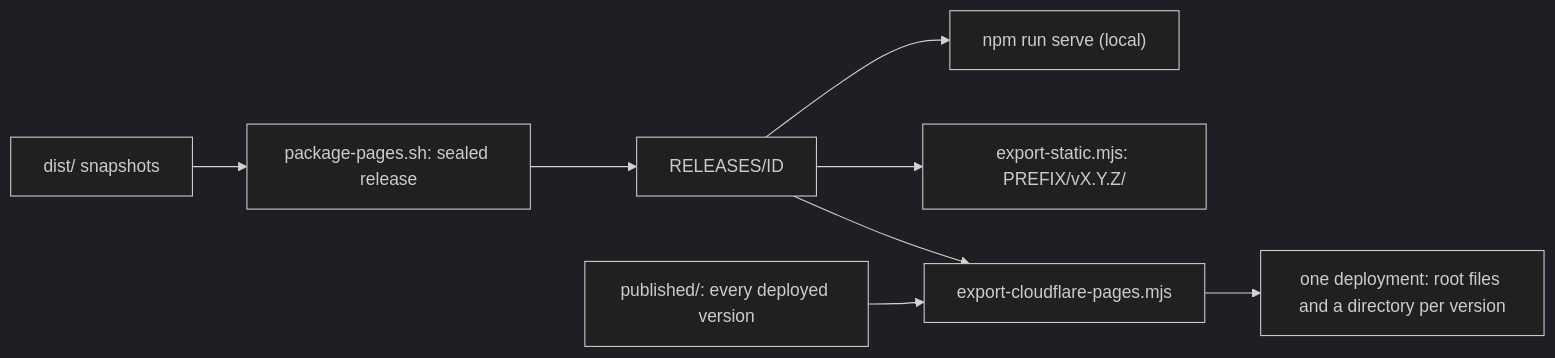
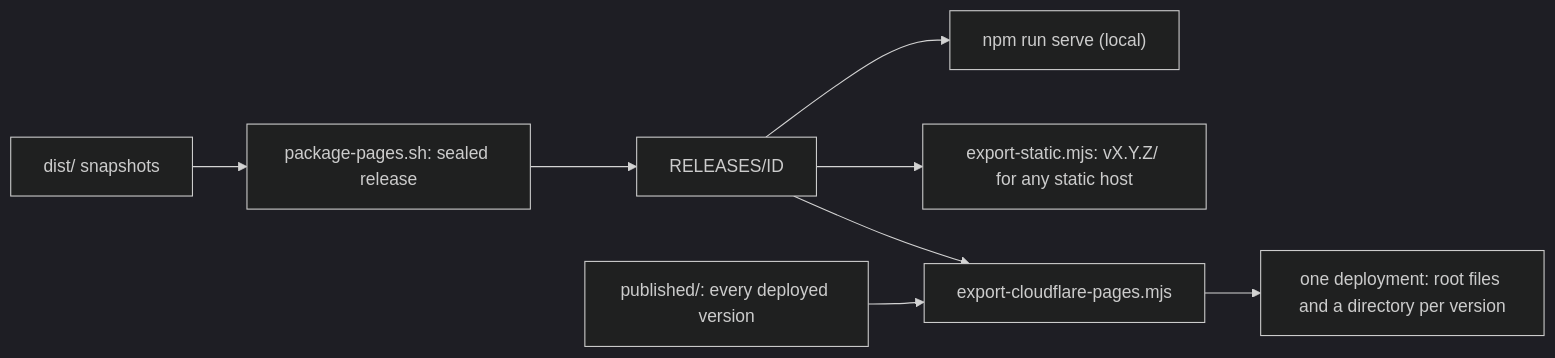
Before and after one commit to daugasauron/dolly: the diagram in docs/deployment.md, drawn with Mermaid (dark theme). The commit also changed other lines of this file and 14 other files, not shown here.

````diff
--- a/docs/deployment.md
+++ b/docs/deployment.md
@@ -11,10 +11,10 @@
 ```mermaid
 flowchart LR
   images["dist/ snapshots"] --> pkg["package-pages.sh: sealed release"]
   pkg --> rel["RELEASES/ID"]
   rel --> serve["npm run serve (local)"]
-  rel --> static["export-static.mjs: PREFIX/vX.Y.Z/"]
+  rel --> static["export-static.mjs: vX.Y.Z/ for any static host"]
   rel --> cf["export-cloudflare-pages.mjs"]
   archive["published/: every deployed version"] --> cf
   cf --> deployment["one deployment: root files and a directory per version"]
 ```
````
